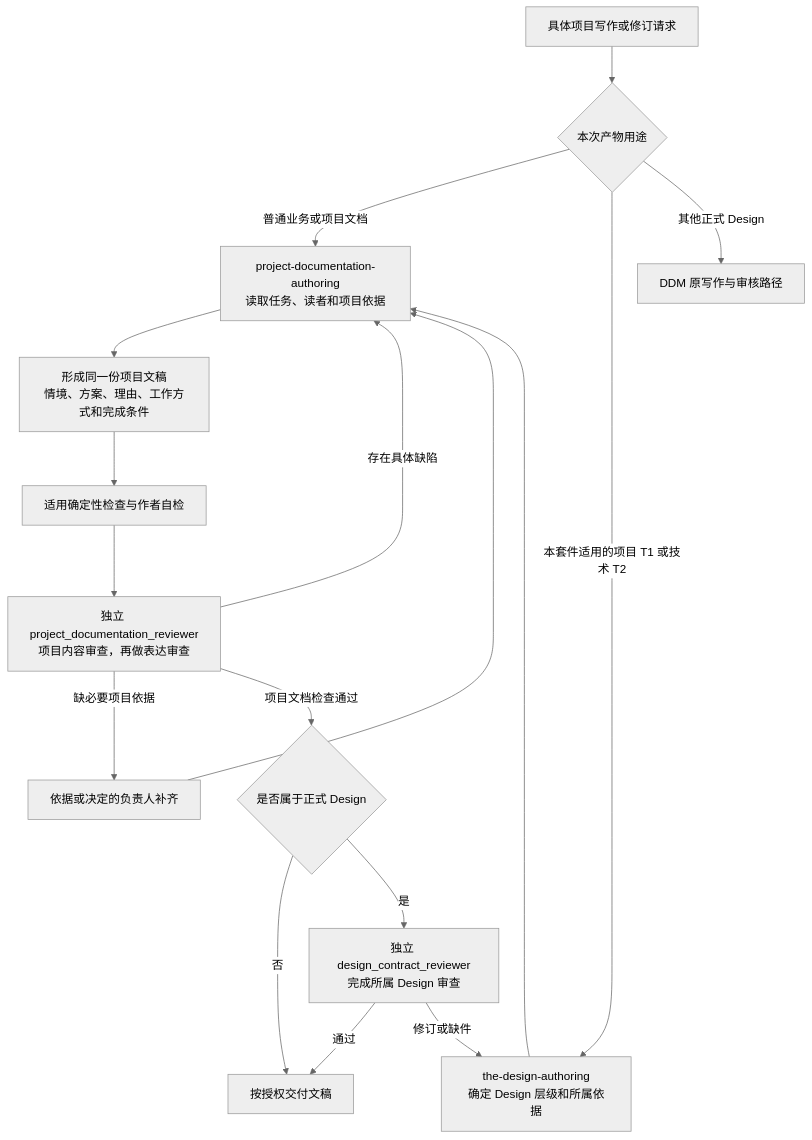
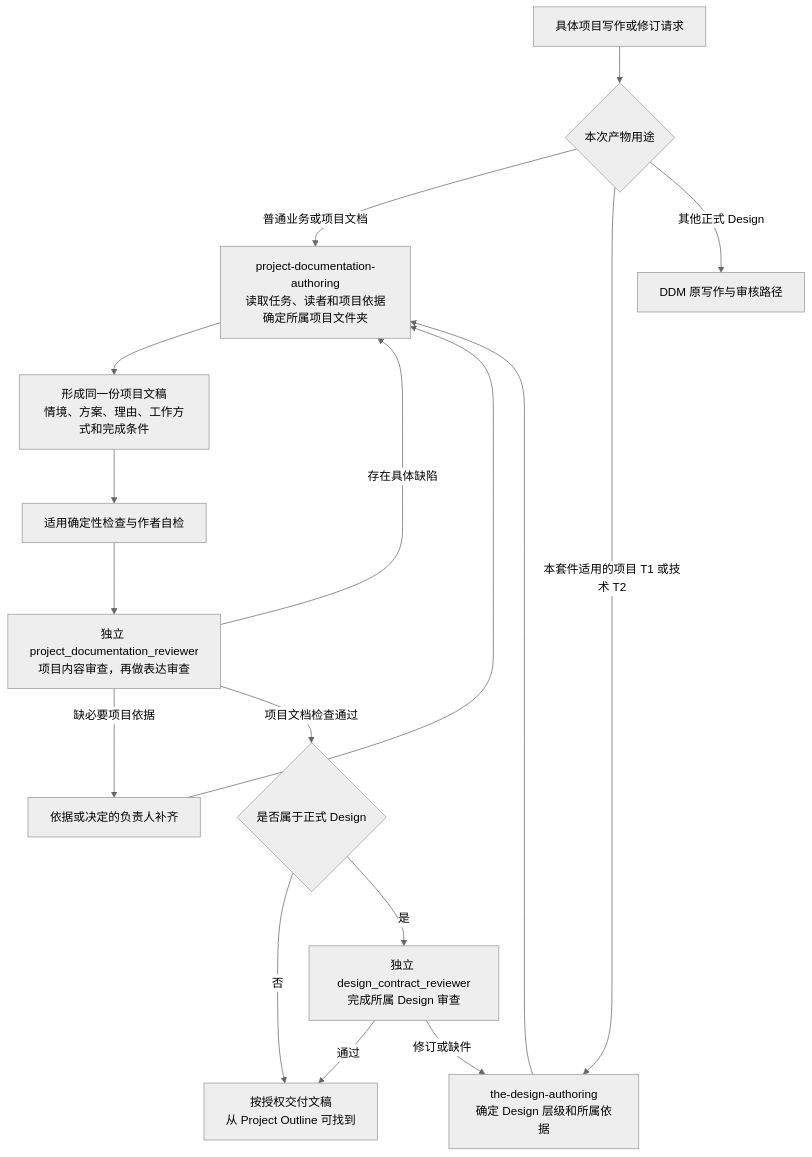
Before and after one commit to bobaoai/ai_project_management_framework: the diagram in 09_soul/governance/t0/the_project_documentation.md, drawn with Mermaid (neutral theme). The commit also changed other lines of this file and 10 other files, not shown here.

````diff
--- a/09_soul/governance/t0/the_project_documentation.md
+++ b/09_soul/governance/t0/the_project_documentation.md
@@ -22,19 +22,19 @@
 ```mermaid
 flowchart TD
     R["具体项目写作或修订请求"] --> K{"本次产物用途"}
-    K -->|普通业务或项目文档| A["project-documentation-authoring<br/>读取任务、读者和项目依据"]
+    K -->|普通业务或项目文档| A["project-documentation-authoring<br/>读取任务、读者和项目依据<br/>确定所属项目文件夹"]
     K -->|本套件适用的项目 T1 或技术 T2| D["the-design-authoring<br/>确定 Design 层级和所属依据"]
     K -->|其他正式 Design| X["DDM 原写作与审核路径"]
     D --> A
     A --> W["形成同一份项目文稿<br/>情境、方案、理由、工作方式和完成条件"]
     W --> C["适用确定性检查与作者自检"]
     C --> P["独立 project_documentation_reviewer<br/>项目内容审查，再做表达审查"]
     P -->|存在具体缺陷| A
     P -->|缺必要项目依据| O["依据或决定的负责人补齐"]
     O --> A
     P -->|项目文档检查通过| F{"是否属于正式 Design"}
-    F -->|否| H["按授权交付文稿"]
+    F -->|否| H["按授权交付文稿<br/>从 Project Outline 可找到"]
     F -->|是| G["独立 design_contract_reviewer<br/>完成所属 Design 审查"]
     G -->|通过| H
     G -->|修订或缺件| D
 ```
````
